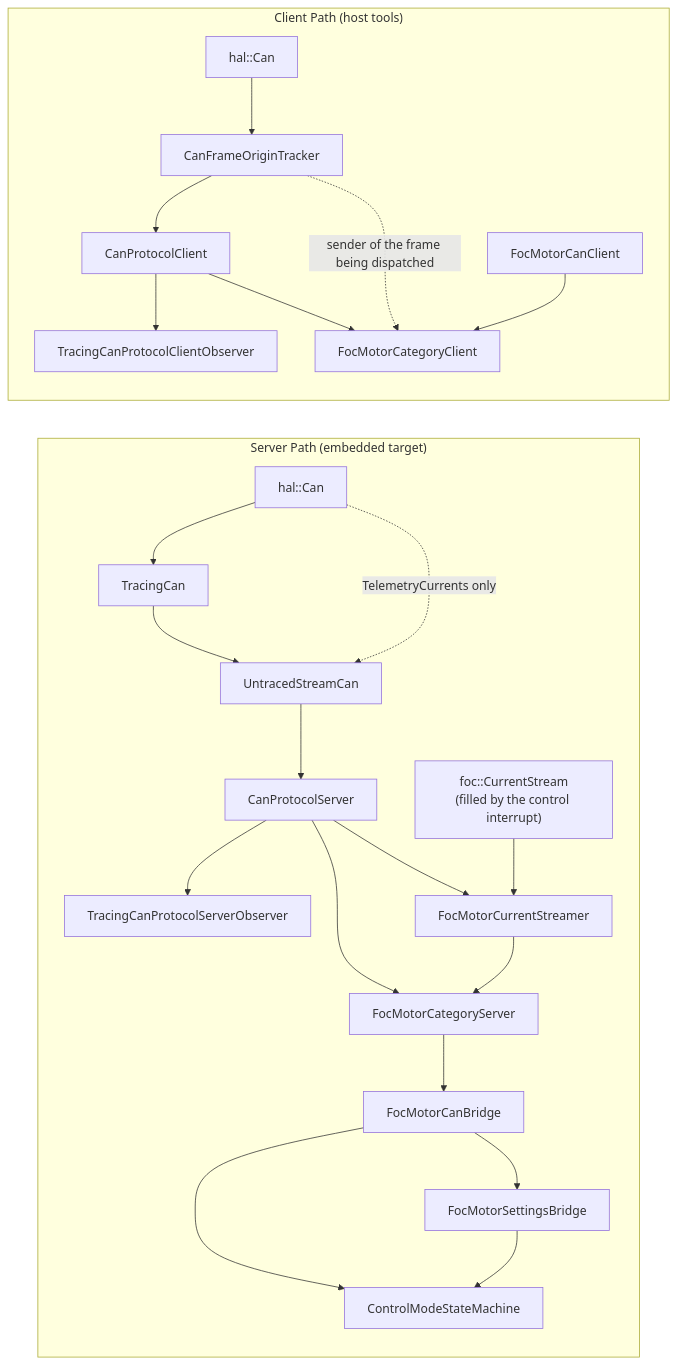
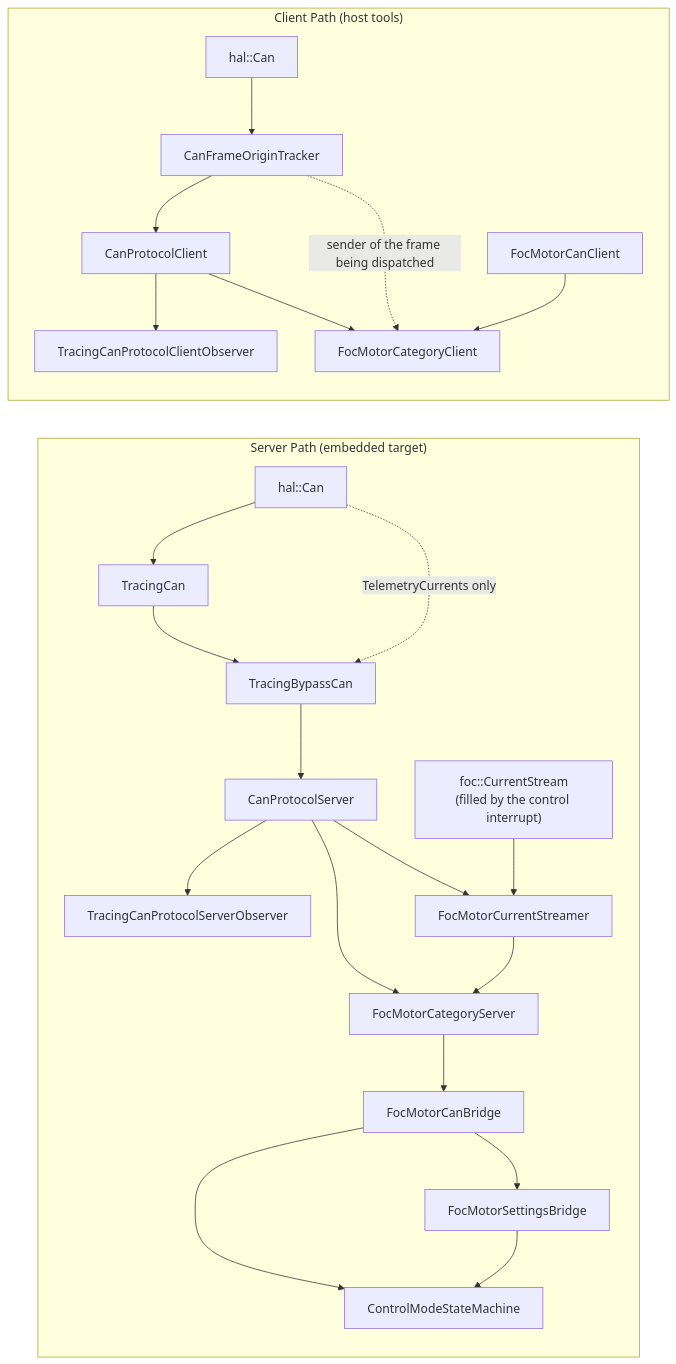
Before and after one commit to embedded-pro/e-foc: the seventh of 7 diagrams in documentation/design/service-can.md, drawn with Mermaid. The commit also changed other lines of this file and 53 other files, not shown here.

First line of the commit message:
refactor(can): use can-lite's MonitoredCan, frame origin, node id and trace bypass

````diff
--- a/documentation/design/service-can.md
+++ b/documentation/design/service-can.md
@@ -1078,27 +1079,27 @@
 ```mermaid
 graph LR
     subgraph "Server Path (embedded target)"
         HAL_CAN_S["hal::Can"] --> TC["TracingCan"]
-        TC --> USC["UntracedStreamCan"]
+        TC --> USC["TracingBypassCan"]
         HAL_CAN_S -. "TelemetryCurrents only" .-> USC
         USC --> CPS["CanProtocolServer"]
         CPS --> CPSO["TracingCanProtocolServerObserver"]
         CPS --> MCS["FocMotorCategoryServer"]
         MCS --> BRG["FocMotorCanBridge"]
         CPS --> STR["FocMotorCurrentStreamer"]
         STR --> MCS
         RING["foc::CurrentStream<br/>(filled by the control interrupt)"] --> STR
         BRG --> SM["ControlModeStateMachine"]
         BRG --> SET["FocMotorSettingsBridge"]
         SET --> SM
     end
 
     subgraph "Client Path (host tools)"
         HAL_CAN_C["hal::Can"] --> FOT["CanFrameOriginTracker"]
         FOT --> CPC["CanProtocolClient"]
         CPC --> CPCO["TracingCanProtocolClientObserver"]
         CPC --> MCC["FocMotorCategoryClient"]
         FOT -. "sender of the frame being dispatched" .-> MCC
         FMC["FocMotorCanClient"] --> MCC
     end
 ```
````
